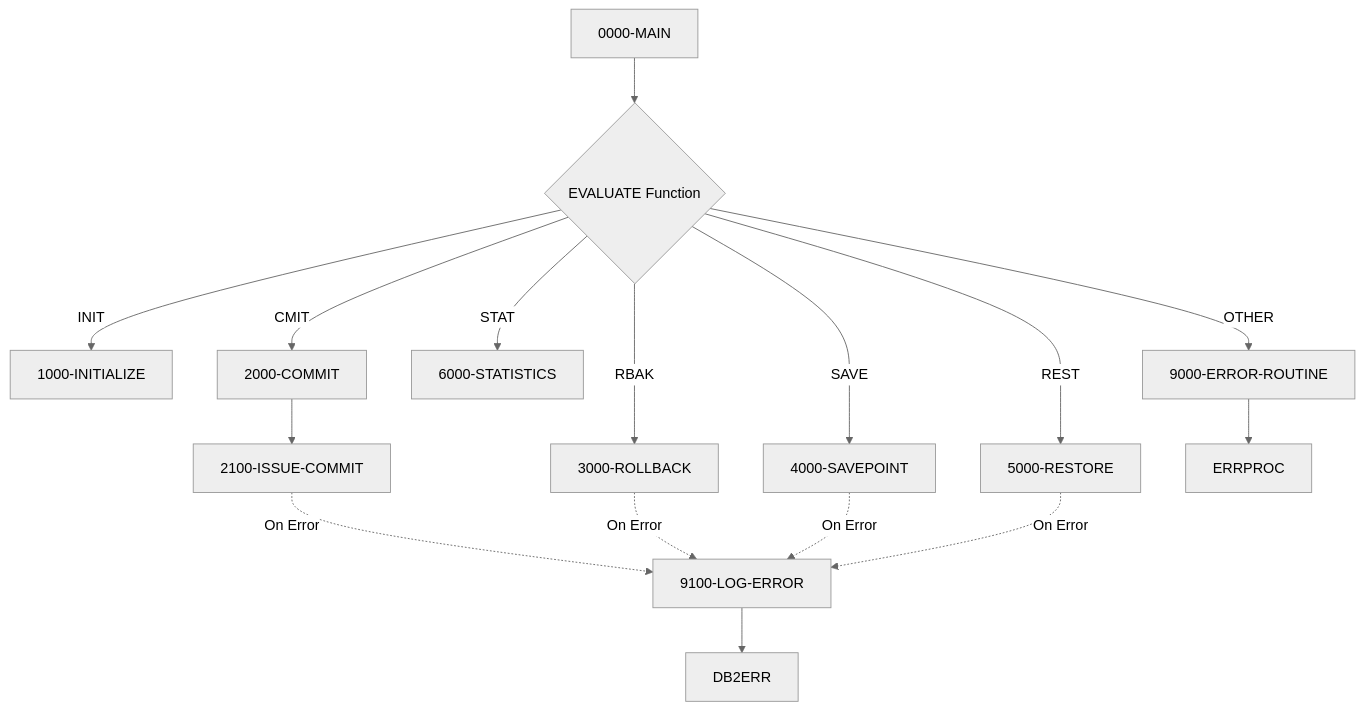
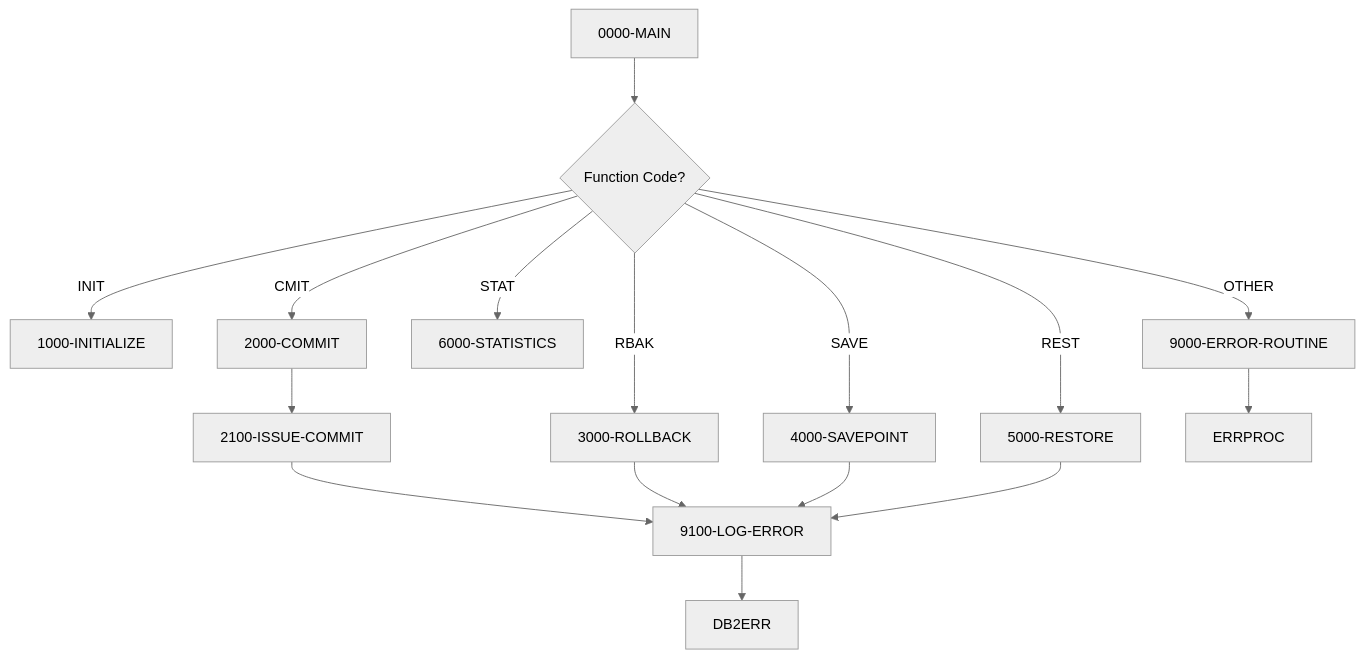
Before and after one commit to haladir-com/legacy-benchmark-docs-vb70e1: the diagram in docs/programs/DB2CMT.mdx, drawn with Mermaid (neutral theme). The commit also changed other lines of this file and 64 other files, not shown here.

````diff
--- a/docs/programs/DB2CMT.mdx
+++ b/docs/programs/DB2CMT.mdx
@@ -22,20 +22,20 @@
 ```mermaid
 graph TD
-    A[0000-MAIN] --> B{EVALUATE Function}
+    A[0000-MAIN] --> B{Function Code?}
     B -->|INIT| C[1000-INITIALIZE]
     B -->|CMIT| D[2000-COMMIT]
     B -->|RBAK| E[3000-ROLLBACK]
     B -->|SAVE| F[4000-SAVEPOINT]
     B -->|REST| G[5000-RESTORE]
     B -->|STAT| H[6000-STATISTICS]
     B -->|OTHER| I[9000-ERROR-ROUTINE]
     
     D --> D1[2100-ISSUE-COMMIT]
-    D1 -.->|On Error| J[9100-LOG-ERROR]
-    E -.->|On Error| J
-    F -.->|On Error| J
-    G -.->|On Error| J
+    D1 --> D2[9100-LOG-ERROR]
+    E --> D2
+    F --> D2
+    G --> D2
     
-    I --> K[ERRPROC]
-    J --> L[DB2ERR]
+    I --> J[ERRPROC]
+    D2 --> K[DB2ERR]
 ```
````
